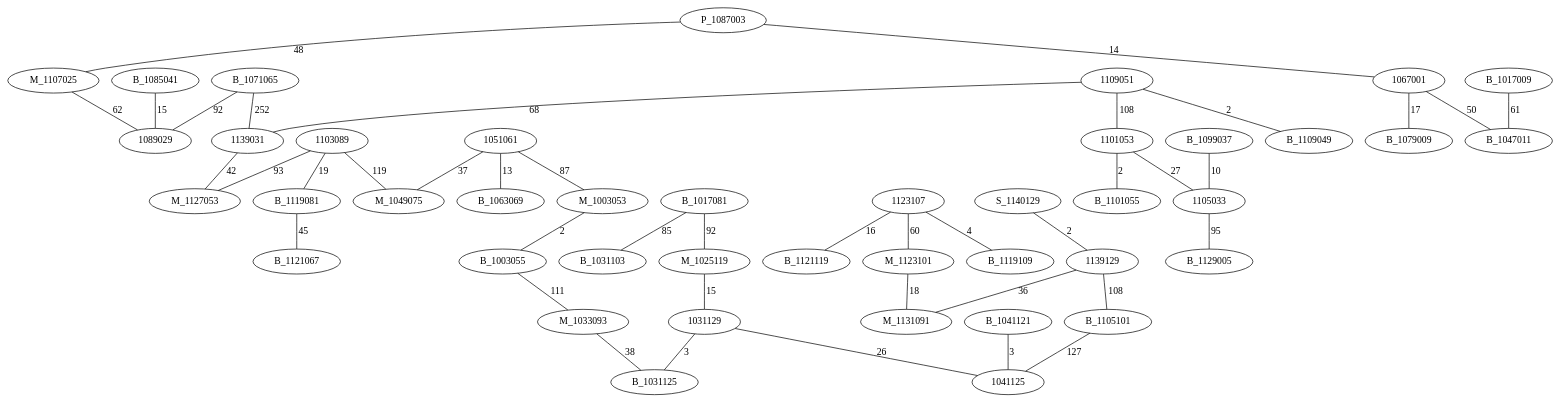
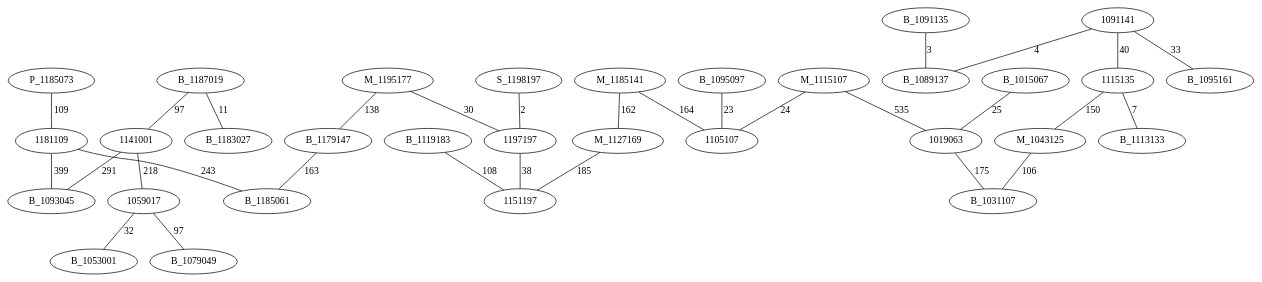
One commit to AsmNoob/Labyrinthe changed the diagram in Graph.dot. Above: the diagram before and after it, drawn with Graphviz. The commit also changed 4 other files, not shown here.

```diff
--- a/Graph.dot
+++ b/Graph.dot
@@ -1,45 +1,34 @@
 graph chemin {
 
-	P_1087003 -- M_1107025 [label=48]
-	P_1087003 -- 1067001 [label=14]
-	1103089 -- M_1049075 [label=119]
-	1103089 -- B_1119081 [label=19]
-	1103089 -- M_1127053 [label=93]
-	B_1071065 -- 1089029 [label=92]
-	B_1071065 -- 1139031 [label=252]
-	1067001 -- B_1079009 [label=17]
-	1067001 -- B_1047011 [label=50]
-	1051061 -- M_1049075 [label=37]
-	1051061 -- B_1063069 [label=13]
-	1051061 -- M_1003053 [label=87]
-	S_1140129 -- 1139129 [label=2]
-	1109051 -- 1101053 [label=108]
-	1109051 -- B_1109049 [label=2]
-	1109051 -- 1139031 [label=68]
-	B_1017081 -- B_1031103 [label=85]
-	B_1017081 -- M_1025119 [label=92]
-	B_1017009 -- B_1047011 [label=61]
-	1123107 -- B_1119109 [label=4]
-	1123107 -- M_1123101 [label=60]
-	1123107 -- B_1121119 [label=16]
-	1139129 -- B_1105101 [label=108]
-	1139129 -- M_1131091 [label=36]
-	M_1123101 -- M_1131091 [label=18]
-	B_1119081 -- B_1121067 [label=45]
-	1139031 -- M_1127053 [label=42]
-	B_1085041 -- 1089029 [label=15]
-	B_1105101 -- 1041125 [label=127]
-	M_1025119 -- 1031129 [label=15]
-	M_1003053 -- B_1003055 [label=2]
-	B_1003055 -- M_1033093 [label=111]
-	1101053 -- B_1101055 [label=2]
-	1101053 -- 1105033 [label=27]
-	M_1107025 -- 1089029 [label=62]
-	M_1033093 -- B_1031125 [label=38]
-	B_1099037 -- 1105033 [label=10]
-	1105033 -- B_1129005 [label=95]
-	1031129 -- 1041125 [label=26]
-	1031129 -- B_1031125 [label=3]
-	B_1041121 -- 1041125 [label=3]
+	P_1185073 -- 1181109 [label=109]
+	B_1187019 -- B_1183027 [label=11]
+	B_1187019 -- 1141001 [label=97]
+	M_1195177 -- B_1179147 [label=138]
+	M_1195177 -- 1197197 [label=30]
+	1141001 -- B_1093045 [label=291]
+	1141001 -- 1059017 [label=218]
+	1091141 -- B_1095161 [label=33]
+	1091141 -- B_1089137 [label=4]
+	1091141 -- 1115135 [label=40]
+	B_1095097 -- 1105107 [label=23]
+	1115135 -- B_1113133 [label=7]
+	1115135 -- M_1043125 [label=150]
+	B_1015067 -- 1019063 [label=25]
+	1181109 -- B_1093045 [label=399]
+	1181109 -- B_1185061 [label=243]
+	M_1115107 -- 1105107 [label=24]
+	M_1115107 -- 1019063 [label=535]
+	1059017 -- B_1053001 [label=32]
+	1059017 -- B_1079049 [label=97]
+	B_1179147 -- B_1185061 [label=163]
+	M_1185141 -- 1105107 [label=164]
+	M_1185141 -- M_1127169 [label=162]
+	M_1043125 -- B_1031107 [label=106]
+	M_1127169 -- 1151197 [label=185]
+	S_1198197 -- 1197197 [label=2]
+	B_1091135 -- B_1089137 [label=3]
+	1197197 -- 1151197 [label=38]
+	1019063 -- B_1031107 [label=175]
+	B_1119183 -- 1151197 [label=108]
 
 }
```
